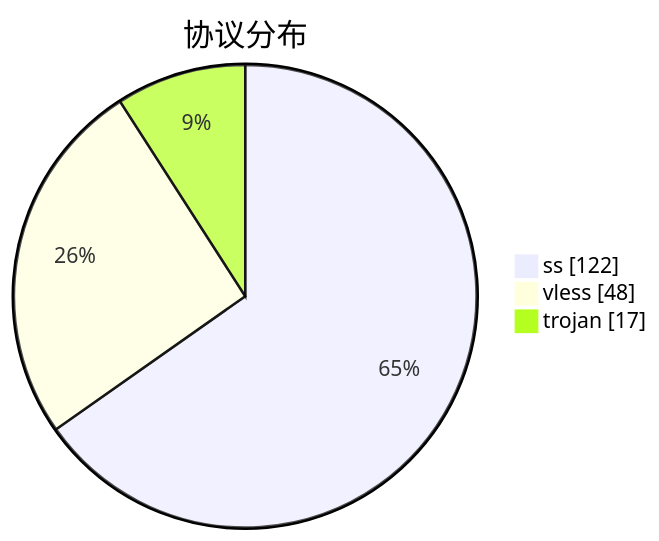
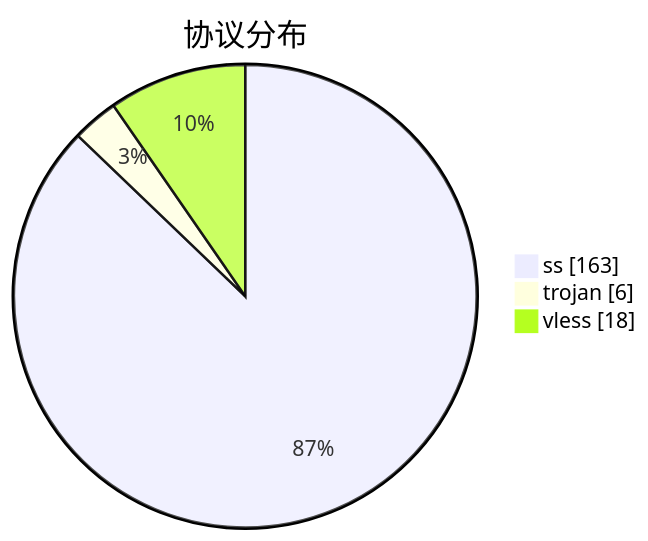
Before and after one commit to qjlxg/airport: the third of 3 diagrams in subs/statistics/tested_within.md, drawn with Mermaid. The commit also changed other lines of this file and 2 other files, not shown here.

````diff
--- a/subs/statistics/tested_within.md
+++ b/subs/statistics/tested_within.md
@@ -29,7 +29,7 @@
 ```mermaid
 pie showData
 title 协议分布
-"ss" : 122
-"vless" : 48
-"trojan" : 17
+"ss" : 163
+"trojan" : 6
+"vless" : 18
 ```
````
